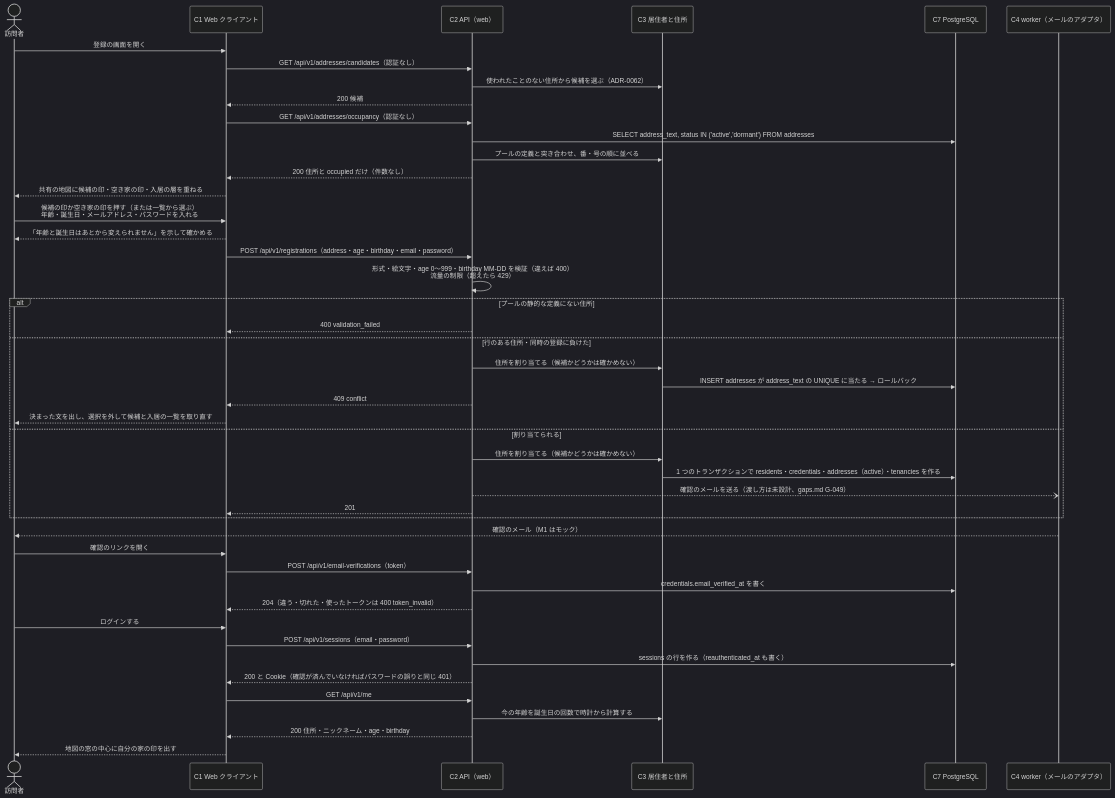
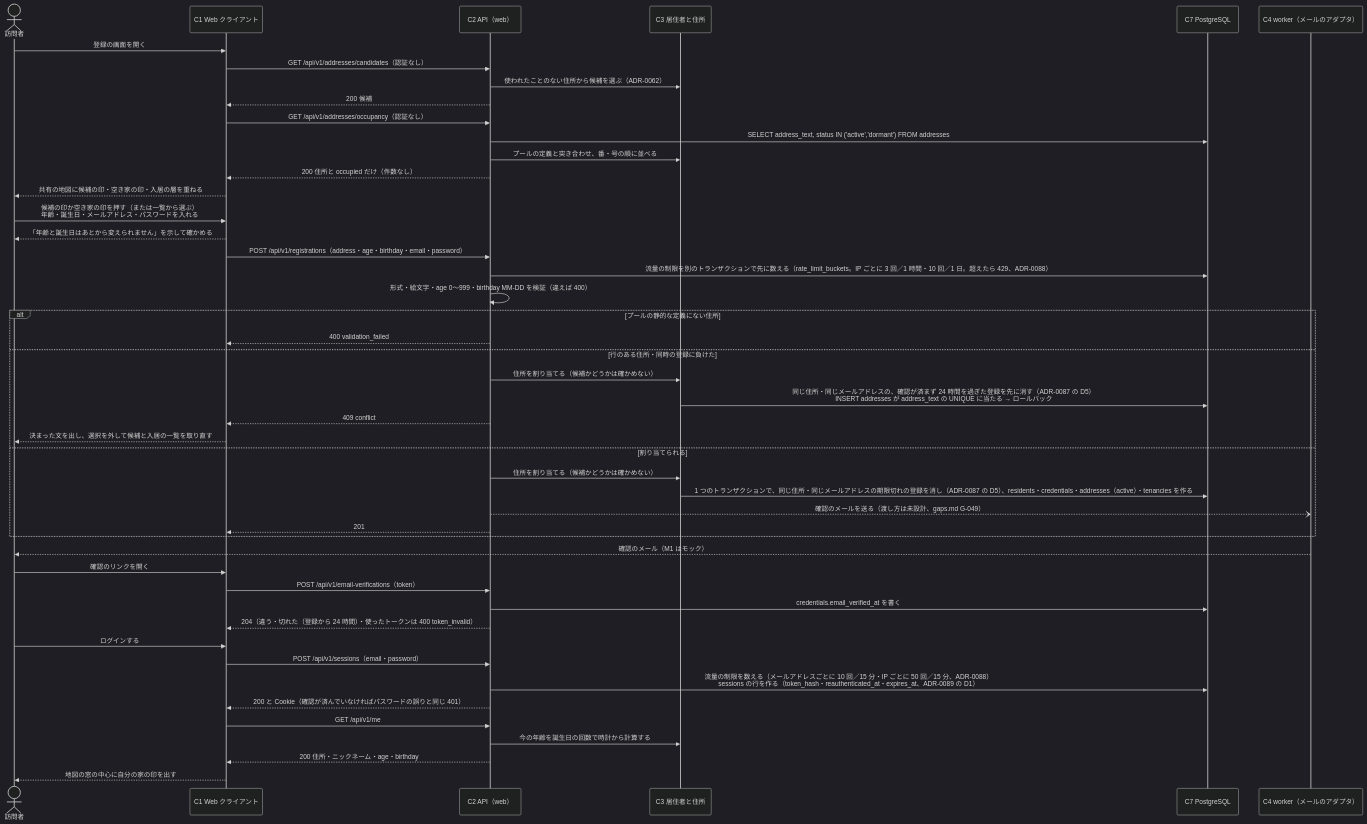
One commit to BONUS-git/yuguregaoka-3chome changed the diagram in .ai/diagrams/m1-registration-sequence.md. Above: the diagram before and after it, drawn with Mermaid (dark theme). The commit also changed other lines of this file and 28 other files, not shown here.

````diff
--- a/.ai/diagrams/m1-registration-sequence.md
+++ b/.ai/diagrams/m1-registration-sequence.md
@@ -9,49 +9,50 @@
 ```mermaid
 sequenceDiagram
     actor V as 訪問者
     participant C1 as C1 Web クライアント
     participant C2 as C2 API（web）
     participant C3 as C3 居住者と住所
     participant C7 as C7 PostgreSQL
     participant C4 as C4 worker（メールのアダプタ）
 
     V->>C1: 登録の画面を開く
     C1->>C2: GET /api/v1/addresses/candidates（認証なし）
     C2->>C3: 使われたことのない住所から候補を選ぶ（ADR-0062）
     C2-->>C1: 200 候補
     C1->>C2: GET /api/v1/addresses/occupancy（認証なし）
     C2->>C7: SELECT address_text, status IN ('active','dormant') FROM addresses
     C2->>C3: プールの定義と突き合わせ、番・号の順に並べる
     C2-->>C1: 200 住所と occupied だけ（件数なし）
     C1-->>V: 共有の地図に候補の印・空き家の印・入居の層を重ねる
     V->>C1: 候補の印か空き家の印を押す（または一覧から選ぶ）<br/>年齢・誕生日・メールアドレス・パスワードを入れる
     C1-->>V: 「年齢と誕生日はあとから変えられません」を示して確かめる
     C1->>C2: POST /api/v1/registrations（address・age・birthday・email・password）
-    C2->>C2: 形式・絵文字・age 0〜999・birthday MM-DD を検証（違えば 400）<br/>流量の制限（超えたら 429）
+    C2->>C7: 流量の制限を別のトランザクションで先に数える（rate_limit_buckets。IP ごとに 3 回／1 時間・10 回／1 日。超えたら 429、ADR-0088）
+    C2->>C2: 形式・絵文字・age 0〜999・birthday MM-DD を検証（違えば 400）
     alt プールの静的な定義にない住所
         C2-->>C1: 400 validation_failed
     else 行のある住所・同時の登録に負けた
         C2->>C3: 住所を割り当てる（候補かどうかは確かめない）
-        C3->>C7: INSERT addresses が address_text の UNIQUE に当たる → ロールバック
+        C3->>C7: 同じ住所・同じメールアドレスの、確認が済まず 24 時間を過ぎた登録を先に消す（ADR-0087 の D5）<br/>INSERT addresses が address_text の UNIQUE に当たる → ロールバック
         C2-->>C1: 409 conflict
         C1-->>V: 決まった文を出し、選択を外して候補と入居の一覧を取り直す
     else 割り当てられる
         C2->>C3: 住所を割り当てる（候補かどうかは確かめない）
-        C3->>C7: 1 つのトランザクションで residents・credentials・addresses（active）・tenancies を作る
+        C3->>C7: 1 つのトランザクションで、同じ住所・同じメールアドレスの期限切れの登録を消し（ADR-0087 の D5）、residents・credentials・addresses（active）・tenancies を作る
         C2--)C4: 確認のメールを送る（渡し方は未設計、gaps.md G-049）
         C2-->>C1: 201
     end
     C4-->>V: 確認のメール（M1 はモック）
     V->>C1: 確認のリンクを開く
     C1->>C2: POST /api/v1/email-verifications（token）
     C2->>C7: credentials.email_verified_at を書く
-    C2-->>C1: 204（違う・切れた・使ったトークンは 400 token_invalid）
+    C2-->>C1: 204（違う・切れた（登録から 24 時間）・使ったトークンは 400 token_invalid）
     V->>C1: ログインする
     C1->>C2: POST /api/v1/sessions（email・password）
-    C2->>C7: sessions の行を作る（reauthenticated_at も書く）
+    C2->>C7: 流量の制限を数える（メールアドレスごとに 10 回／15 分・IP ごとに 50 回／15 分、ADR-0088）<br/>sessions の行を作る（token_hash・reauthenticated_at・expires_at、ADR-0089 の D1）
     C2-->>C1: 200 と Cookie（確認が済んでいなければパスワードの誤りと同じ 401）
     C1->>C2: GET /api/v1/me
     C2->>C3: 今の年齢を誕生日の回数で時計から計算する
     C2-->>C1: 200 住所・ニックネーム・age・birthday
     C1-->>V: 地図の窓の中心に自分の家の印を出す
 ```
````
